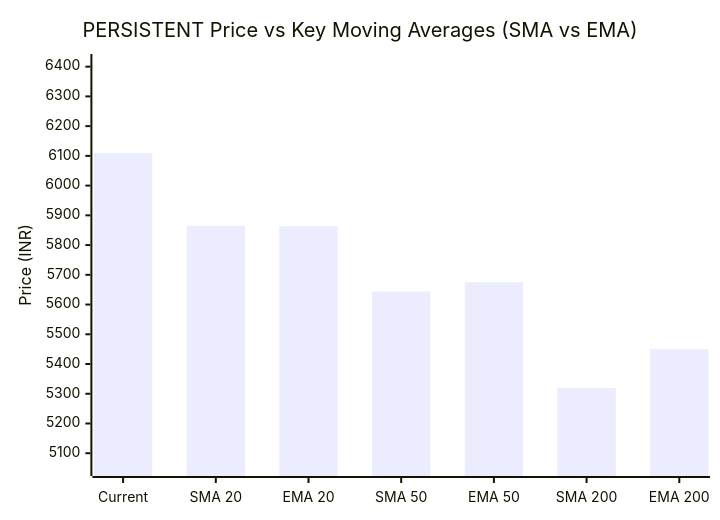
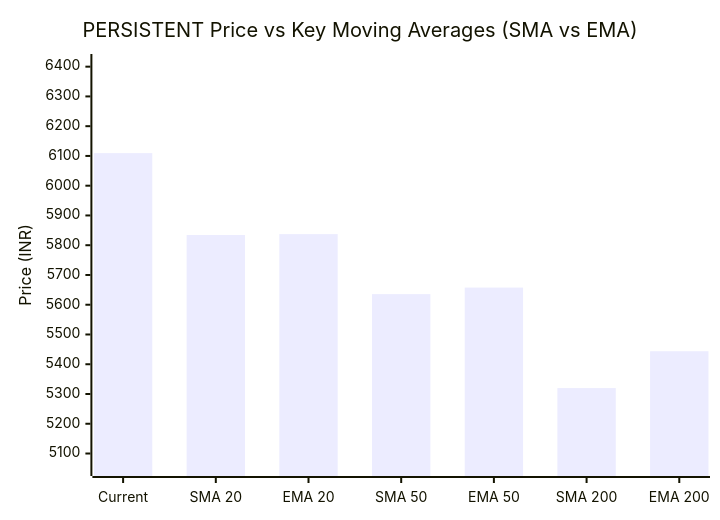
One commit to purnareddy9/dev changed the third of 3 diagrams in market-intelligence/stocks/PERSISTENT/README.md. Above: the diagram before and after it, drawn with Mermaid. The commit also changed other lines of this file and 3 other files, not shown here.

````diff
--- a/market-intelligence/stocks/PERSISTENT/README.md
+++ b/market-intelligence/stocks/PERSISTENT/README.md
@@ -74,7 +74,7 @@
 ```mermaid
 xychart-beta
     title "PERSISTENT Price vs Key Moving Averages (SMA vs EMA)"
     x-axis ["Current", "SMA 20", "EMA 20", "SMA 50", "EMA 50", "SMA 200", "EMA 200"]
-    y-axis "Price (INR)" 5052 --> 6414
-    bar [6109.5, 5864.48, 5863.21, 5643.96, 5675.35, 5318.73, 5450.29]
+    y-axis "Price (INR)" 5053 --> 6414
+    bar [6109.5, 5834.35, 5837.29, 5635.65, 5657.63, 5319.97, 5443.67]
 ```
````
